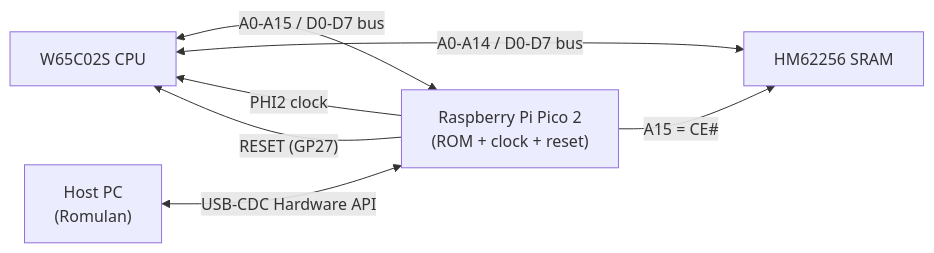
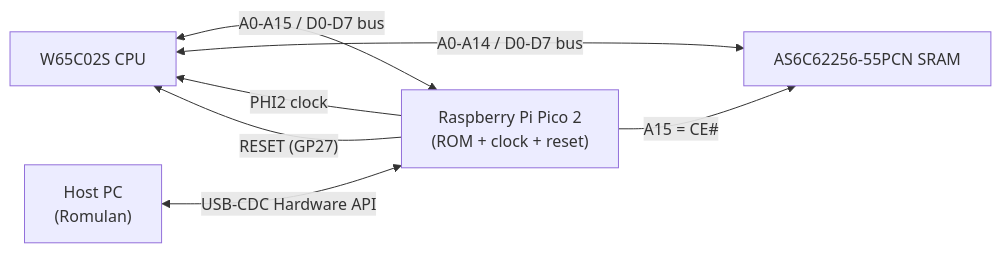
One commit to big-iron-cde/piclone changed the diagram in README.md. Above: the diagram before and after it, drawn with Mermaid. The commit also changed other lines of this file and 5 other files, not shown here.

````diff
--- a/README.md
+++ b/README.md
@@ -59,14 +59,14 @@
 ```mermaid
 flowchart LR
     CPU["W65C02S CPU"]
     Pico["Raspberry Pi Pico 2<br/>(ROM + clock + reset)"]
-    RAM["HM62256 SRAM"]
+    RAM["AS6C62256-55PCN SRAM"]
     Host["Host PC<br/>(Romulan)"]
 
     CPU <-->|"A0-A15 / D0-D7 bus"| Pico
     CPU <-->|"A0-A14 / D0-D7 bus"| RAM
     Pico -->|"PHI2 clock"| CPU
     Pico -->|"RESET (GP27)"| CPU
     Pico -->|"A15 = CE#"| RAM
     Host <-->|"USB-CDC Hardware API"| Pico
 ```
````
